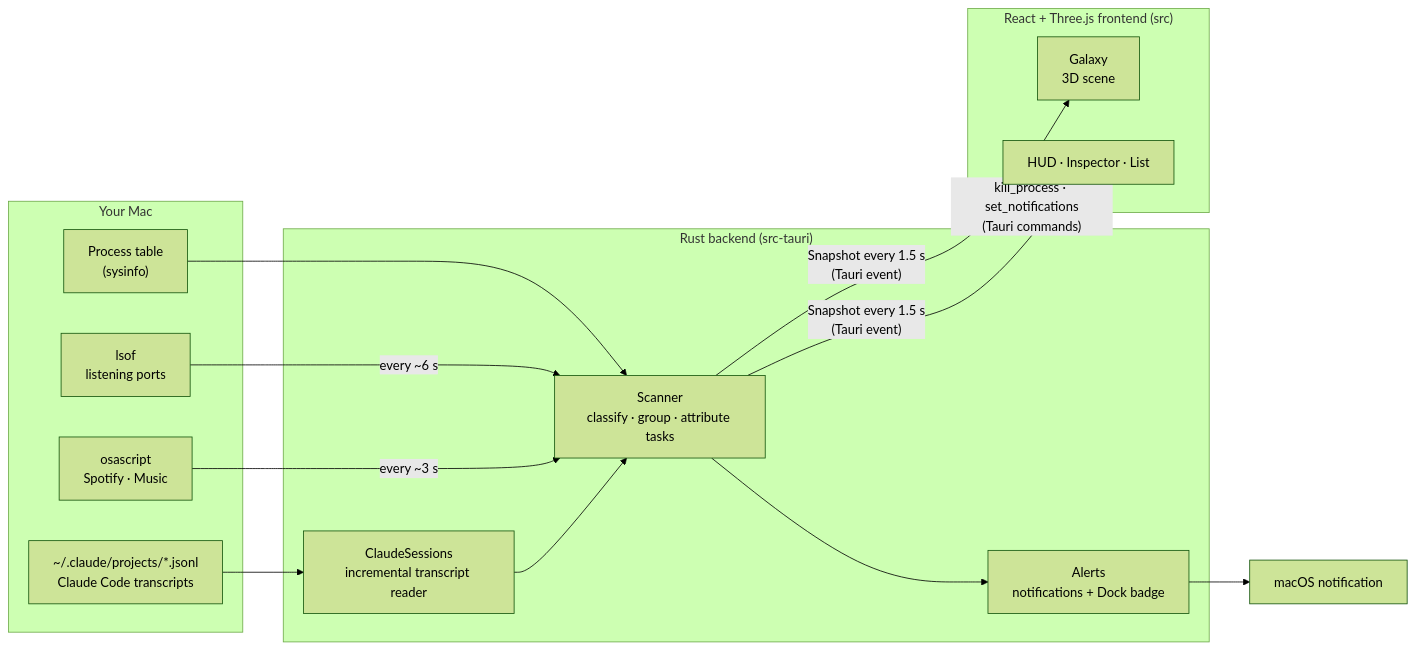
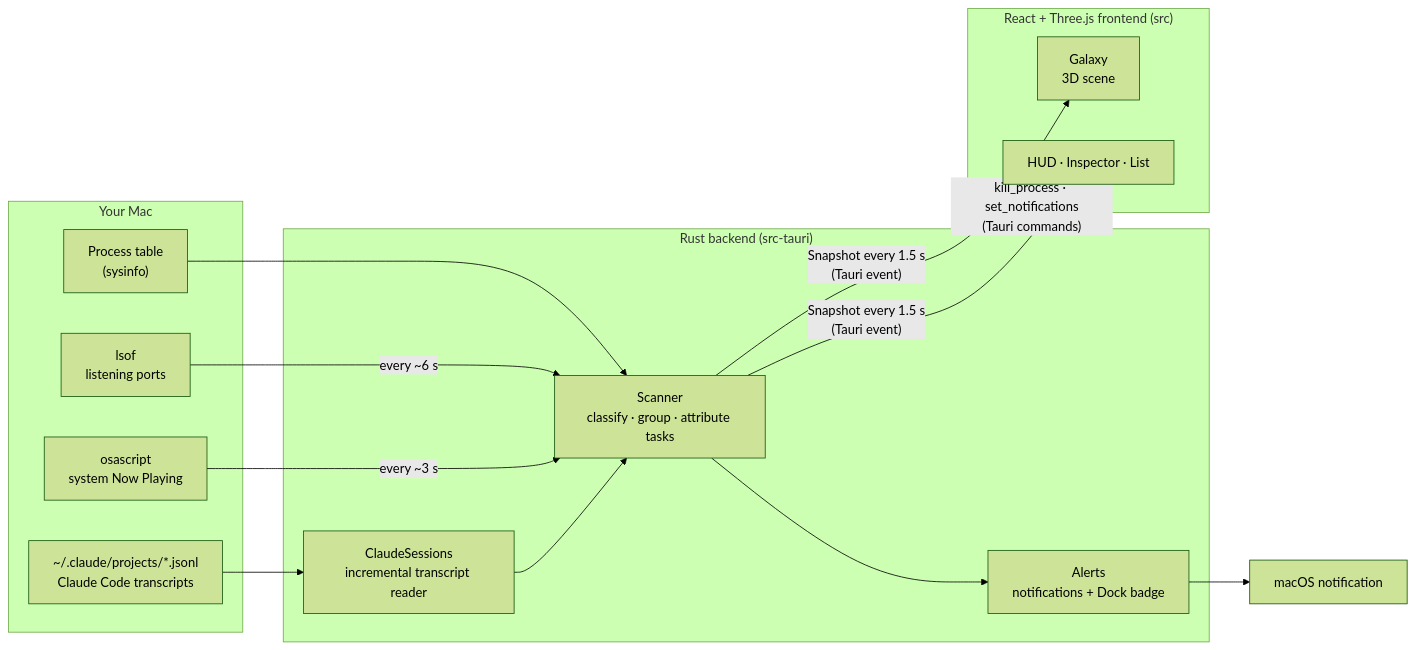
One commit to thefolahan/sombrero-galaxy changed the diagram in README.md. Above: the diagram before and after it, drawn with Mermaid (forest theme). The commit also changed other lines of this file and 2 other files, not shown here.

First line of the commit message:
Show music from any player, and recognise Safari web apps

````diff
--- a/README.md
+++ b/README.md
@@ -238,28 +239,28 @@
 ```mermaid
 flowchart LR
   subgraph mac["Your Mac"]
     procs["Process table<br/>(sysinfo)"]
     lsof["lsof<br/>listening ports"]
-    osa["osascript<br/>Spotify · Music"]
+    osa["osascript<br/>system Now Playing"]
     jsonl["~/.claude/projects/*.jsonl<br/>Claude Code transcripts"]
   end
 
   subgraph rust["Rust backend (src-tauri)"]
     scanner["Scanner<br/>classify · group · attribute tasks"]
     claude["ClaudeSessions<br/>incremental transcript reader"]
     alerts["Alerts<br/>notifications + Dock badge"]
   end
 
   subgraph ui["React + Three.js frontend (src)"]
     galaxy["Galaxy<br/>3D scene"]
     hud["HUD · Inspector · List"]
   end
 
   procs --> scanner
   lsof -- "every ~6 s" --> scanner
   osa -- "every ~3 s" --> scanner
   jsonl --> claude --> scanner
   scanner -- "Snapshot every 1.5 s<br/>(Tauri event)" --> galaxy & hud
   scanner --> alerts --> notif["macOS notification"]
   hud -- "kill_process · set_notifications<br/>(Tauri commands)" --> rust
 ```
````
